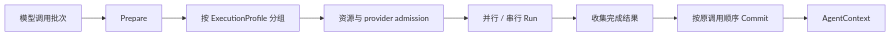
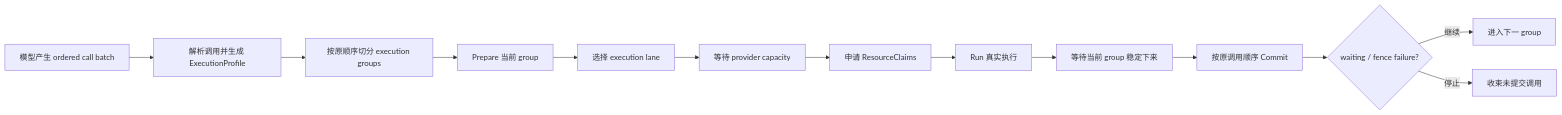
Before and after one commit to Arthur999459up/GitAgent: the first of 13 diagrams in docs/06-execution-and-concurrency.md, drawn with Mermaid. The commit also changed other lines of this file and 3 other files, not shown here.

````diff
--- a/docs/06-execution-and-concurrency.md
+++ b/docs/06-execution-and-concurrency.md
@@ -11,10 +18,15 @@
 ```mermaid
 flowchart LR
-    C[模型调用批次] --> P[Prepare]
-    P --> G[按 ExecutionProfile 分组]
-    G --> A[资源与 provider admission]
-    A --> R[并行 / 串行 Run]
-    R --> S[收集完成结果]
-    S --> O[按原调用顺序 Commit]
-    O --> X[AgentContext]
+    A[模型产生 ordered call batch] --> B[解析调用并生成 ExecutionProfile]
+    B --> C[按原顺序切分 execution groups]
+    C --> D[Prepare 当前 group]
+    D --> E[选择 execution lane]
+    E --> F[等待 provider capacity]
+    F --> G[申请 ResourceClaims]
+    G --> H[Run 真实执行]
+    H --> I[等待当前 group 稳定下来]
+    I --> J[按原调用顺序 Commit]
+    J --> K{waiting / fence failure?}
+    K -->|继续| L[进入下一 group]
+    K -->|停止| M[收束未提交调用]
 ```
````
